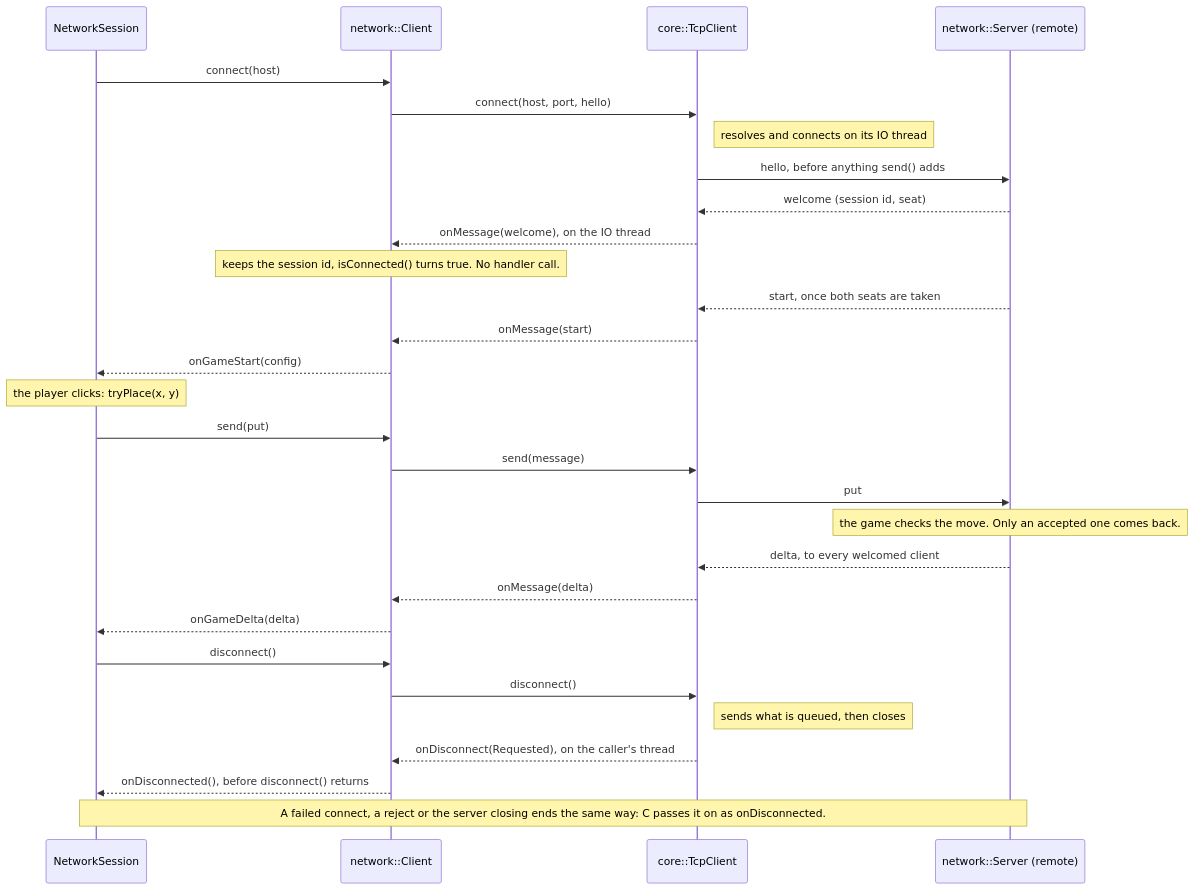
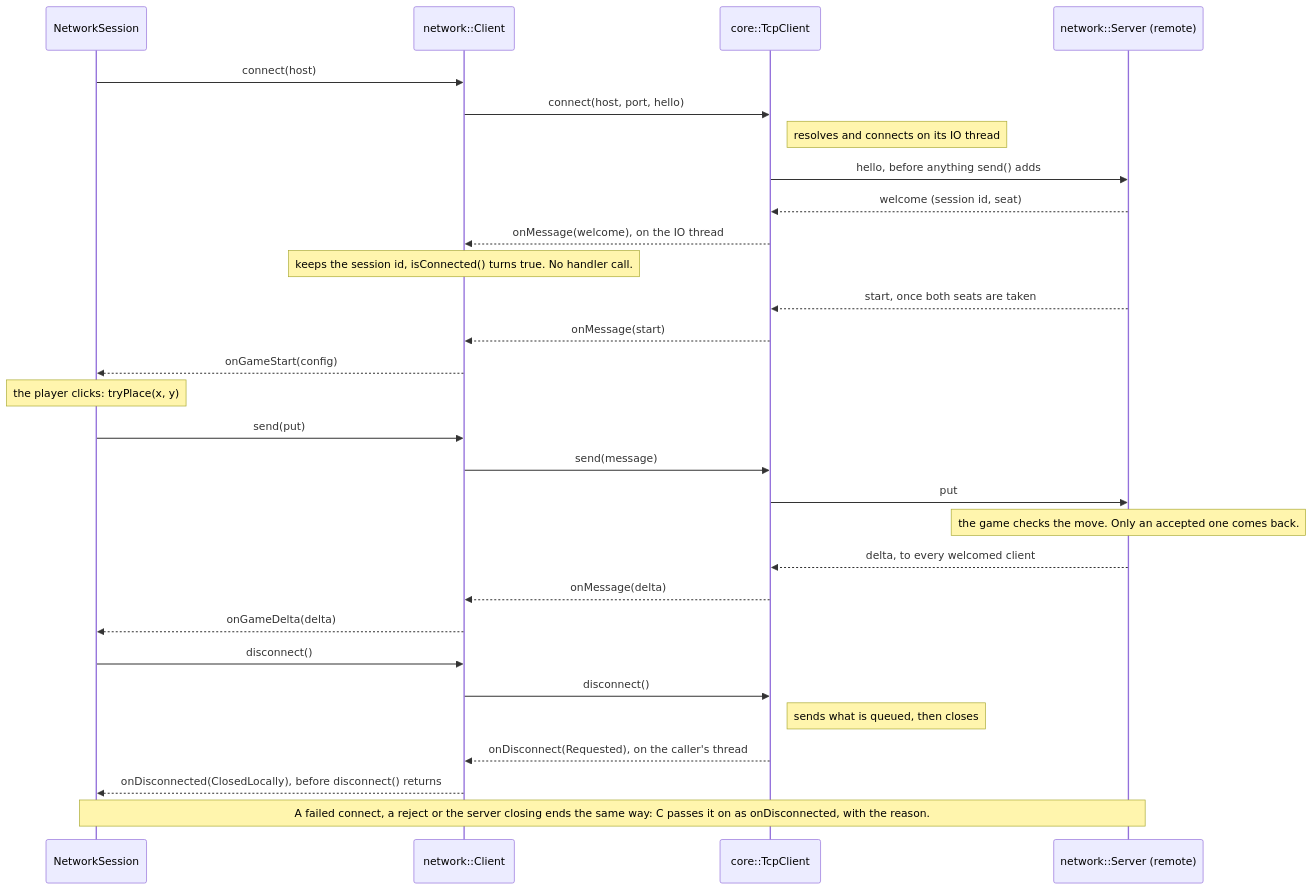
Before and after one commit to OliverBenz/Tengen-Go: the second of 2 diagrams in src/net/network/README.md, drawn with Mermaid. The commit also changed 26 other files, not shown here.

````diff
--- a/src/net/network/README.md
+++ b/src/net/network/README.md
@@ -33,31 +33,31 @@
 ```mermaid
 sequenceDiagram
     participant S as NetworkSession
     participant C as network::Client
     participant T as core::TcpClient
     participant R as network::Server (remote)
     S->>C: connect(host)
     C->>T: connect(host, port, hello)
     Note right of T: resolves and connects on its IO thread
     T->>R: hello, before anything send() adds
     R-->>T: welcome (session id, seat)
     T-->>C: onMessage(welcome), on the IO thread
     Note over C: keeps the session id, isConnected() turns true. No handler call.
     R-->>T: start, once both seats are taken
     T-->>C: onMessage(start)
     C-->>S: onGameStart(config)
     Note over S: the player clicks: tryPlace(x, y)
     S->>C: send(put)
     C->>T: send(message)
     T->>R: put
     Note over R: the game checks the move. Only an accepted one comes back.
     R-->>T: delta, to every welcomed client
     T-->>C: onMessage(delta)
     C-->>S: onGameDelta(delta)
     S->>C: disconnect()
     C->>T: disconnect()
     Note right of T: sends what is queued, then closes
     T-->>C: onDisconnect(Requested), on the caller's thread
-    C-->>S: onDisconnected(), before disconnect() returns
-    Note over S,R: A failed connect, a reject or the server closing ends the same way: C passes it on as onDisconnected.
+    C-->>S: onDisconnected(ClosedLocally), before disconnect() returns
+    Note over S,R: A failed connect, a reject or the server closing ends the same way: C passes it on as onDisconnected, with the reason.
 ```
````
